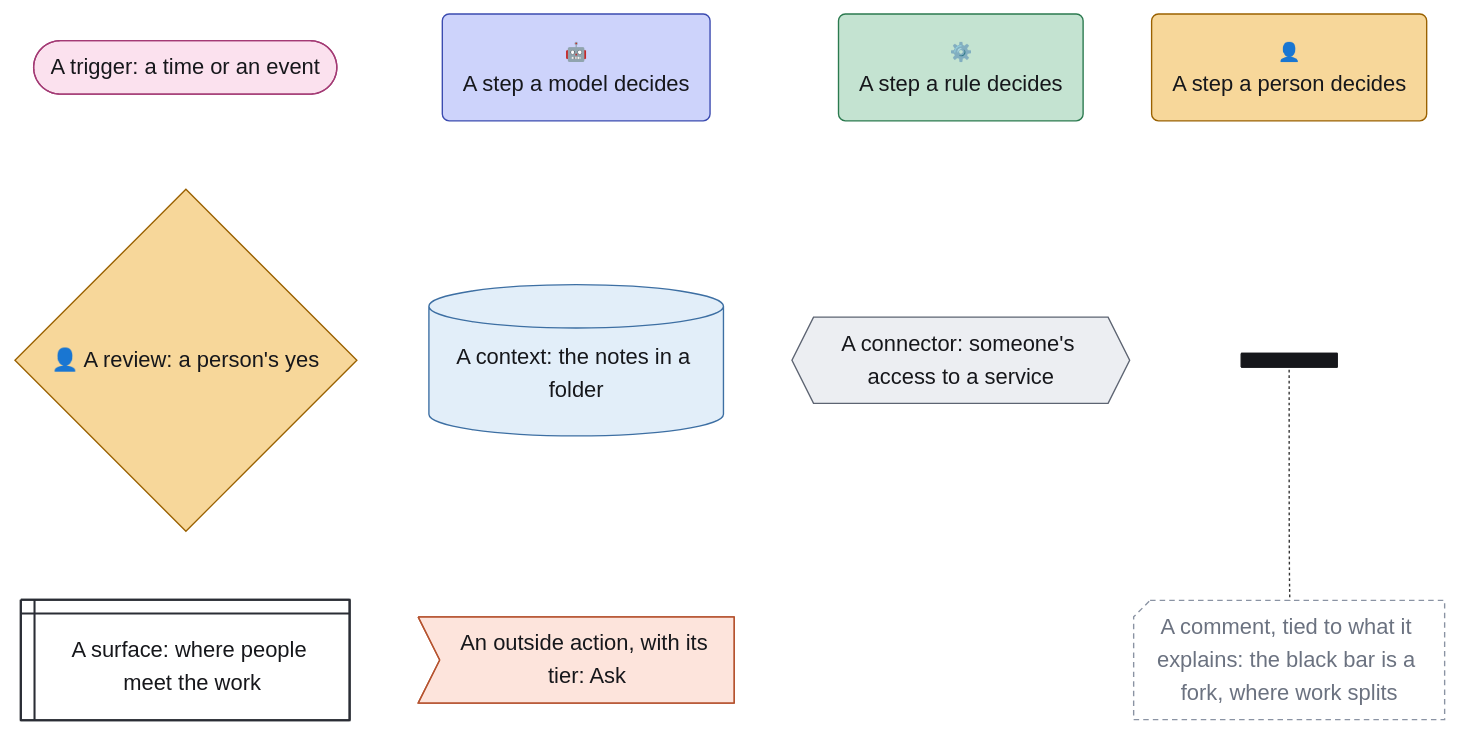
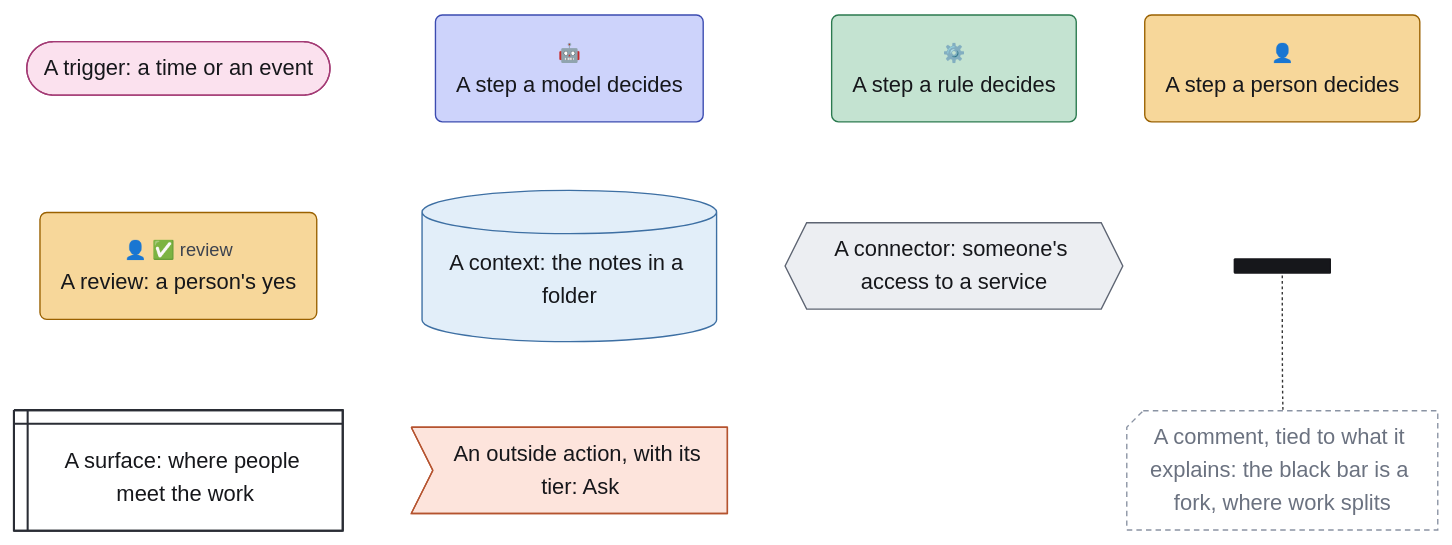
The diagram in examples/legend.mmd (chrismdp/awml), drawn with Mermaid before and after one commit. The commit also changed 19 other files, not shown here.

```diff
--- a/examples/legend.mmd
+++ b/examples/legend.mmd
@@ -1,49 +1,49 @@
 ---
 config:
   theme: default
   flowchart:
     useMaxWidth: false
     subGraphTitleMargin:
       top: 6
       bottom: 30
 ---
 flowchart TB
   trigger(["A trigger: a time or an event"])
   ai("<small style='color:#3d434f'>🤖</small><br>A step a model decides")
   rule("<small style='color:#3d434f'>⚙️</small><br>A step a rule decides")
   human("<small style='color:#3d434f'>👤</small><br>A step a person decides")
-  review{"👤 A review: a person's yes"}
+  review("<small style='color:#3d434f'>👤 ✅ review</small><br>A review: a person's yes")
   context[("A context: the notes in a folder")]
   connector{{"A connector: someone's access to a service"}}
   fork@{ shape: fork, label: "" }
   surface@{ shape: win-pane, label: "A surface: where people meet the work" }
   outside>"An outside action, with its tier: Ask"]
   comment@{ shape: notch-rect, label: "A comment, tied to what it explains: the black bar is a fork, where work splits" }
 
   trigger ~~~ review
   review ~~~ surface
   ai ~~~ context
   context ~~~ outside
   rule ~~~ connector
   human ~~~ fork
   fork -.- comment
   classDef trig fill:#fbe1ee,stroke:#a33a74,color:#16171b
   classDef ctx fill:#e2eef9,stroke:#3d6fa3,color:#16171b
   classDef con fill:#eceef2,stroke:#5d6472,color:#16171b
   classDef surf fill:#ffffff,stroke:#2a2d35,stroke-width:1.5px,color:#16171b
   classDef out fill:#fde4dc,stroke:#b5532f,color:#16171b
   classDef ai fill:#cdd3fb,stroke:#3b4bb0,color:#16171b
   classDef rule fill:#c4e3d1,stroke:#2b7a4f,color:#16171b
   classDef human fill:#f7d79a,stroke:#9a6100,color:#16171b
   classDef uml fill:#16171b,stroke:#16171b,color:#16171b
   classDef gap fill:#ffffff,stroke:#8a93a3,stroke-dasharray:4 3,color:#6b7280
   class trigger trig
   class context ctx
   class connector con
   class surface surf
   class outside out
   class ai ai
   class rule rule
   class human,review human
   class fork uml
   class comment gap
```
